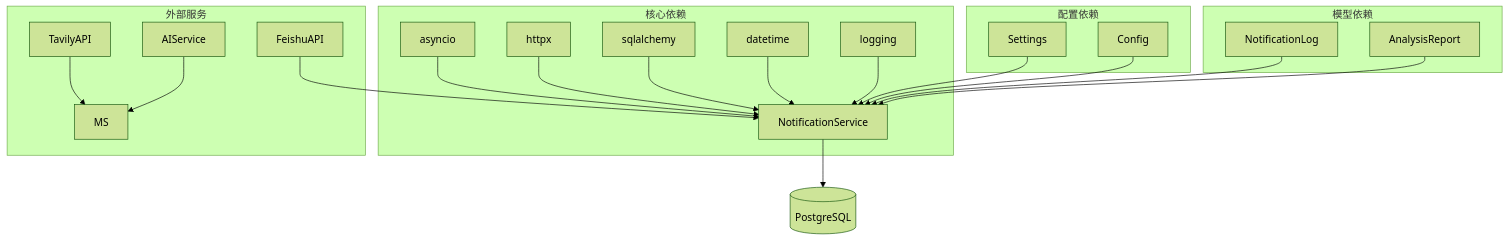
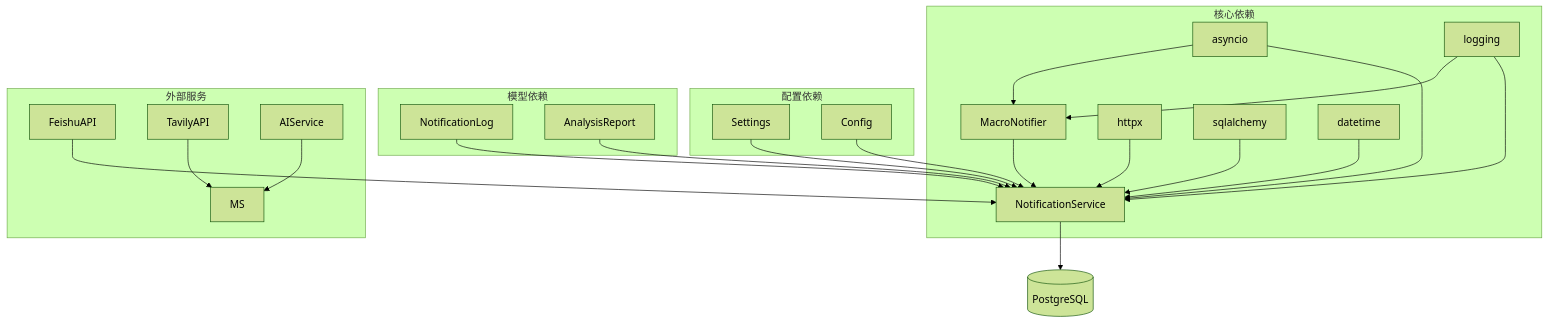
The sixth of 6 diagrams in .qoder/repowiki/zh/content/Old Notification System.md (breeze-lyf/ai-stock-advisor), drawn with Mermaid (forest theme) before and after one commit. The commit also changed other lines of this file and 43 other files, not shown here.

````diff
--- a/.qoder/repowiki/zh/content/Old Notification System.md
+++ b/.qoder/repowiki/zh/content/Old Notification System.md
@@ -258,24 +304,27 @@
 ```mermaid
 graph TB
 subgraph "核心依赖"
-AS[asyncio] --> NS[NotificationService]
+as[asyncio] --> MN[MacroNotifier]
+as --> NS[NotificationService]
 httpx --> NS
 sqlalchemy --> NS
 datetime --> NS
+logging --> MN
 logging --> NS
 end
 subgraph "配置依赖"
 Settings --> NS
 Config --> NS
 end
 subgraph "模型依赖"
 NotificationLog --> NS
 AnalysisReport --> NS
 end
 subgraph "外部服务"
 FeishuAPI --> NS
 TavilyAPI --> MS
 AIService --> MS
 end
+MN --> NS
 NS --> Database[(PostgreSQL)]
 ```
````
